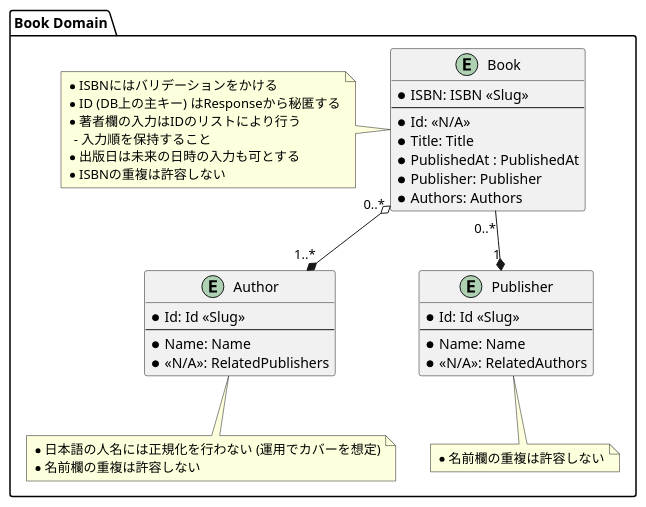
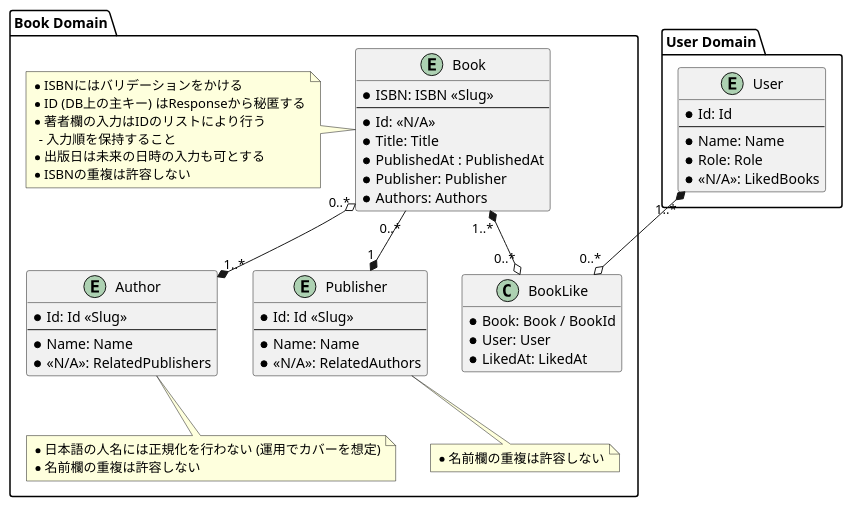
The diagram in Diagrams/DomainModel.pu (nftug/BookApi), drawn with PlantUML before and after one commit. The commit also changed 1 other file, not shown here.

Commit message:
Revised diagrams

```diff
--- a/Diagrams/DomainModel.pu
+++ b/Diagrams/DomainModel.pu
@@ -1,52 +1,72 @@
 @startuml BookApi_DomainModel
 
 hide method
 skinparam DefaultFontName Helvetica
 
 package "Book Domain" as Domain {
     entity Author {
         * Id: Id <<Slug>>
         --
         * Name: Name
         * <<N/A>>: RelatedPublishers
     }
 
     entity Publisher {
         * Id: Id <<Slug>>
         --
         * Name: Name
         * <<N/A>>: RelatedAuthors
     }
 
     entity Book {
         * ISBN: ISBN <<Slug>>
         --
         * Id: <<N/A>>
         * Title: Title
         * PublishedAt : PublishedAt
         * Publisher: Publisher
         * Authors: Authors
     }
 
+    class BookLike {
+        * Book: Book / BookId
+        * User: User
+        * LikedAt: LikedAt
+    }
+
     Book "0..*" o--* "1..*" Author
     Book "0..*" --* "1" Publisher
+    Book "1..*" *--o "0..*" BookLike
 
     note left of Book
         * ISBNにはバリデーションをかける
         * ID (DB上の主キー) はResponseから秘匿する
         * 著者欄の入力はIDのリストにより行う
           - 入力順を保持すること
         * 出版日は未来の日時の入力も可とする
         * ISBNの重複は許容しない
     endnote
 
     note bottom of Author
         * 日本語の人名には正規化を行わない (運用でカバーを想定)
         * 名前欄の重複は許容しない
     endnote
 
     note bottom of Publisher
         * 名前欄の重複は許容しない
     endnote
 }
+
+package "User Domain" {
+    entity User {
+        * Id: Id
+        --
+        * Name: Name
+        * Role: Role
+        * <<N/A>>: LikedBooks
+    }
+}
+
+BookLike "0..*" o-up-* "1..*" User
+
 @enduml
```
